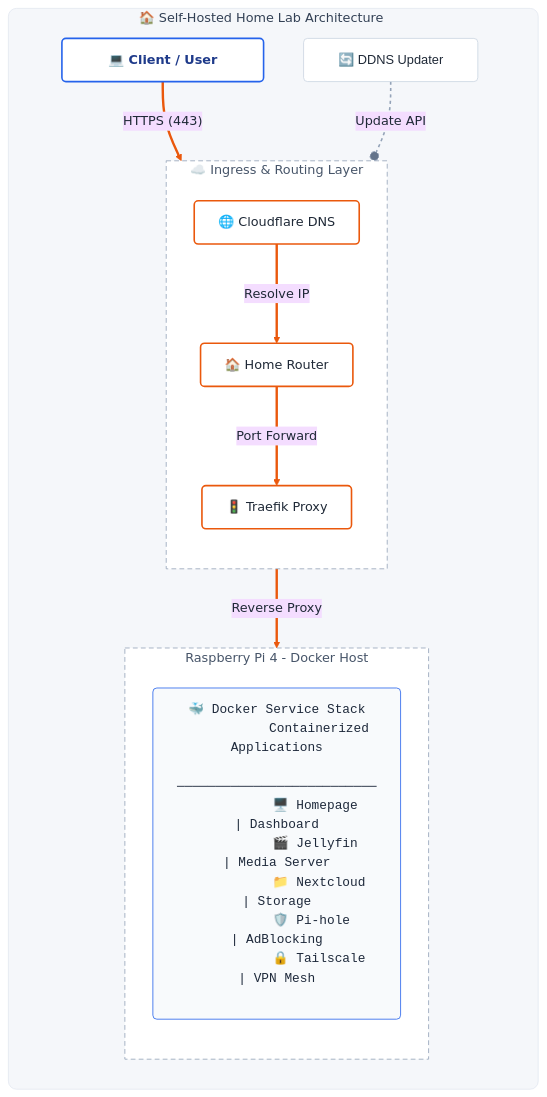
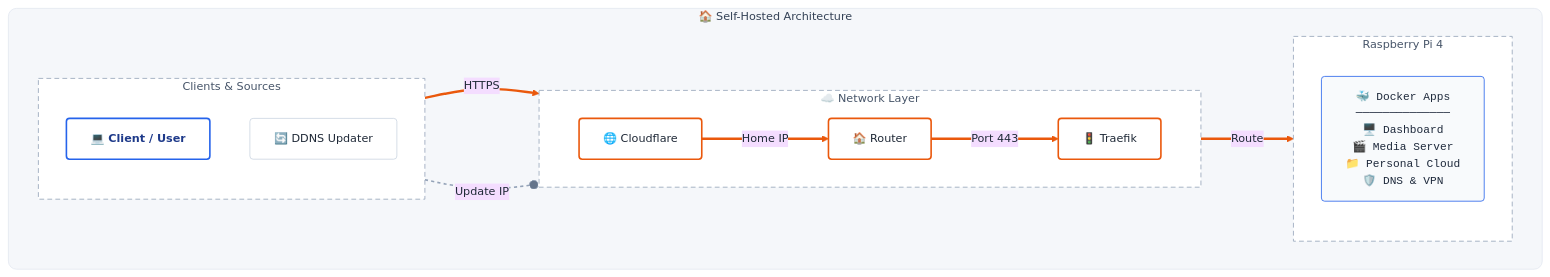
The diagram in README.md (charan-altro/self-host-lab), drawn with Mermaid before and after one commit.

````diff
--- a/README.md
+++ b/README.md
@@ -10,82 +10,72 @@
 ```mermaid
 %%{init: {
   'theme': 'base',
   'themeVariables': {
     'background': '#F5F7FA',
     'primaryTextColor': '#1F2937',
     'lineColor': '#64748B',
-    'fontSize': '16px'
+    'fontSize': '14px'
   }
 }}%%
-flowchart TB
+flowchart LR
     %% --- STYLE DEFINITIONS ---
-    %% 1. Basic White Nodes (Shadow effect for depth)
-    classDef base fill:#FFFFFF,stroke:#CBD5E1,stroke-width:1px,color:#1F2937,rx:5,ry:5,font-family:sans-serif,shadow:true
-    
-    %% 2. Blue Accents (Endpoints) - Added padding logic to styles
-    classDef client fill:#FFFFFF,stroke:#2563EB,stroke-width:2px,color:#1E3A8A,rx:5,ry:5,font-weight:bold,shadow:true
-    
-    %% 3. Orange Accents (Routing Nodes)
-    classDef transit fill:#FFFFFF,stroke:#EA580C,stroke-width:2px,color:#1F2937,rx:5,ry:5,shadow:true
-
-    %% 4. The Docker List Box (MONOSPACE font for perfect alignment)
-    classDef listBox fill:#F8FAFC,stroke:#2563EB,stroke-width:1px,color:#1E293B,rx:5,ry:5,align:left,font-family:monospace
+    classDef base fill:#FFFFFF,stroke:#CBD5E1,stroke-width:1px,color:#1F2937,rx:4,ry:4,shadow:true
+    classDef client fill:#FFFFFF,stroke:#2563EB,stroke-width:2px,color:#1E3A8A,rx:4,ry:4,font-weight:bold,shadow:true
+    classDef transit fill:#FFFFFF,stroke:#EA580C,stroke-width:2px,color:#1F2937,rx:4,ry:4,shadow:true
+    classDef appStack fill:#F8FAFC,stroke:#2563EB,stroke-width:1px,color:#1E293B,rx:4,ry:4,align:left,font-family:monospace
 
     %% --- CONTAINER STYLING ---
     classDef masterZone fill:#F5F7FA,stroke:#E2E8F0,stroke-width:1px,rx:10,ry:10,color:#334155
     classDef innerZone fill:#FFFFFF,stroke:#94A3B8,stroke-width:1px,stroke-dasharray: 6 4,color:#475569
 
     %% --- DIAGRAM CONTENT ---
 
     %% !!! MASTER CONTAINER !!!
-    %% Added spaces to title to prevent edge clipping
-    subgraph HomeLab ["🏠 Self-Hosted Home Lab Architecture&nbsp;&nbsp;&nbsp;&nbsp;&nbsp;&nbsp;"]
-        direction TB
+    subgraph HomeLab ["🏠 Self-Hosted Architecture"]
+        direction LR
 
-        %% 1. TOP LAYER
-        %% Added non-breaking spaces (&nbsp;) to widen the nodes
-        User["&nbsp;&nbsp;&nbsp;&nbsp;&nbsp;💻 Client / User&nbsp;&nbsp;&nbsp;&nbsp;&nbsp;"]:::client
-        DDNS["&nbsp;&nbsp;&nbsp;🔄 DDNS Updater&nbsp;&nbsp;&nbsp;"]:::base
-
-        %% 2. MIDDLE LAYER: Routing
-        subgraph Routing ["☁️ Ingress & Routing Layer"]
+        %% 1. LEFT: Inputs (Stacked Vertically)
+        subgraph Inputs ["Clients & Sources"]
             direction TB
-            DNS["🌐 Cloudflare DNS"]:::transit
-            Router["🏠 Home Router"]:::transit
-            Traefik["🚦 Traefik Proxy"]:::transit
+            User["💻 Client / User"]:::client
+            DDNS["🔄 DDNS Updater"]:::base
         end
 
-        %% 3. BOTTOM LAYER: Server
-        subgraph Server ["Raspberry Pi 4 - Docker Host"]
+        %% 2. MIDDLE: Routing (Horizontal)
+        subgraph Routing ["☁️ Network Layer"]
+            direction LR
+            DNS["🌐 Cloudflare"]:::transit
+            Router["🏠 Router"]:::transit
+            Traefik["🚦 Traefik"]:::transit
+        end
+
+        %% 3. RIGHT: Server (Horizontal)
+        subgraph Server ["Raspberry Pi 4"]
             direction TB
-            
-            %% MONOSPACE FORMATTING
-            %% Using unicode line char (─) for the separator
-            DockerList["🐳 Docker Service Stack
-            Containerized Applications
-            ──────────────────────────
-            🖥️ Homepage  | Dashboard
-            🎬 Jellyfin  | Media Server
-            📁 Nextcloud | Storage
-            🛡️ Pi-hole   | AdBlocking
-            🔒 Tailscale | VPN Mesh
-            &nbsp;"]:::listBox
+            %% Compacted Docker List
+            Docker["🐳 Docker Apps
+            ──────────────
+            🖥️ Dashboard
+            🎬 Media Server
+            📁 Personal Cloud
+            🛡️ DNS & VPN"]:::appStack
         end
     end
 
     %% --- CONNECTIONS ---
-    User ==>|"HTTPS (443)"| DNS
-    DNS ==>|"Resolve IP"| Router
-    Router ==>|"Port Forward"| Traefik
-    Traefik ==>|"Reverse Proxy"| DockerList
+    User ==>|"HTTPS"| DNS
+    DNS ==>|"Home IP"| Router
+    Router ==>|"Port 443"| Traefik
+    Traefik ==>|"Route"| Docker
 
-    DDNS -.-o|"Update API"| DNS
+    %% Maintenance Path
+    DDNS -.-o|"Update IP"| DNS
 
     %% --- APPLY STYLES ---
     class HomeLab masterZone
-    class Routing,Server innerZone
+    class Inputs,Routing,Server innerZone
 
     %% Link Styling
     linkStyle 0,1,2,3 stroke:#EA580C,stroke-width:3px,fill:none
     linkStyle 4 stroke:#94A3B8,stroke-width:2px,stroke-dasharray: 4 4
 ```
````
